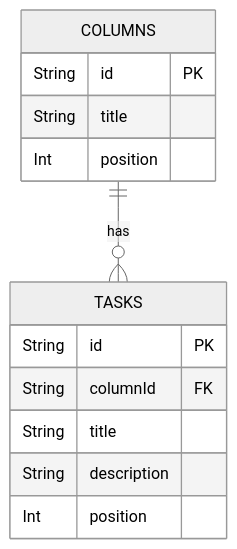
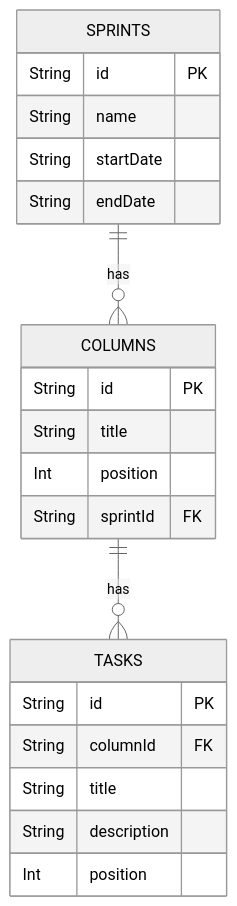
Before and after one commit to ryu1/hono-react-board-app: the third of 6 diagrams in docs/architecture.md, drawn with Mermaid (neutral theme). The commit also changed other lines of this file and 8 other files, not shown here.

````diff
--- a/docs/architecture.md
+++ b/docs/architecture.md
@@ -108,18 +108,27 @@
 ```mermaid
 erDiagram
+    SPRINTS ||--o{ COLUMNS : "has"
     COLUMNS ||--o{ TASKS : "has"
+    
+    SPRINTS {
+        String id PK
+        String name
+        String startDate
+        String endDate
+    }
     
     COLUMNS {
         String id PK
         String title
         Int position
+        String sprintId FK
     }
     
     TASKS {
         String id PK
         String columnId FK
         String title
         String description
         Int position
     }
 ```
````
